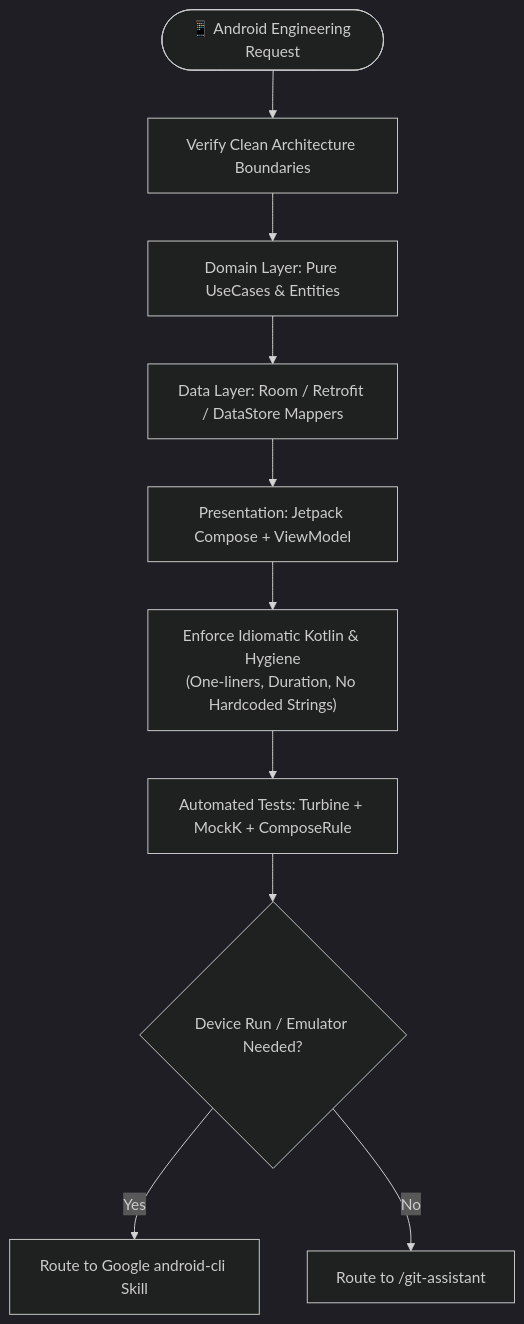
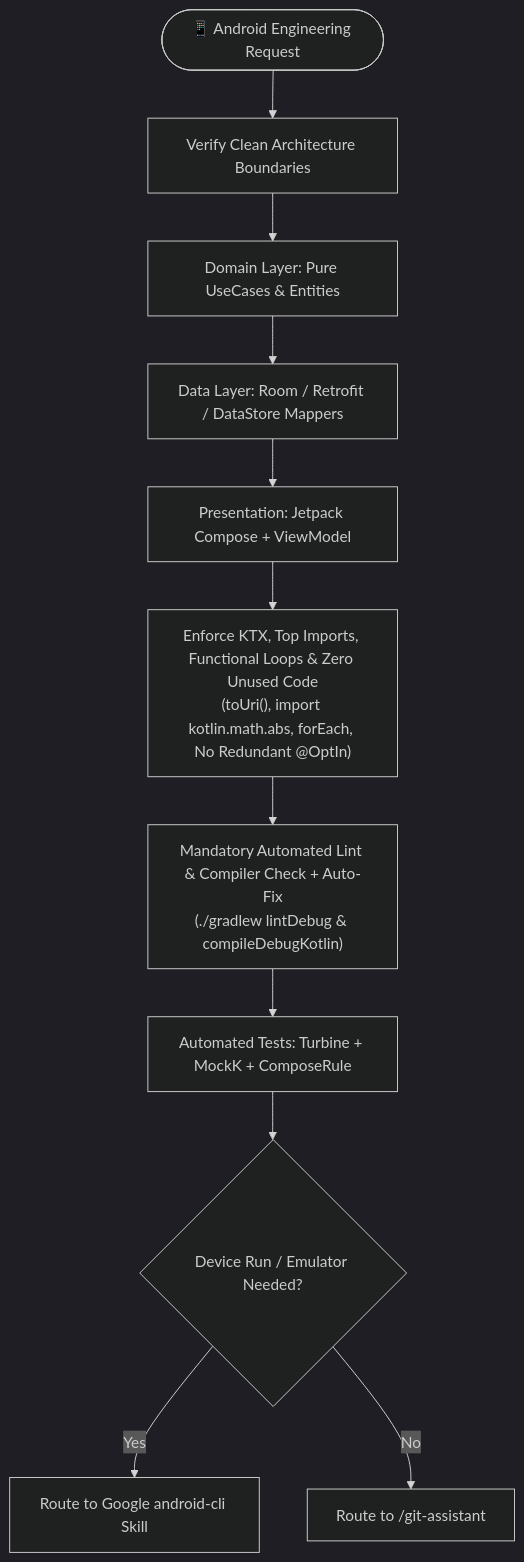
One commit to RidhwanAF/AI-Agent-Skills changed the diagram in engineer-mode/playbooks/04-android-deep-engineering.md. Above: the diagram before and after it, drawn with Mermaid (dark theme). The commit also changed other lines of this file and 19 other files, not shown here.

Commit message:
feat(engineer-mode): enforce Android KTX/lint auto-fix, active ADB app logcat telemetry, 3-strike anti-slop, and README-style Mermaid report

````diff
--- a/engineer-mode/playbooks/04-android-deep-engineering.md
+++ b/engineer-mode/playbooks/04-android-deep-engineering.md
@@ -18,12 +18,13 @@
 ```mermaid
 flowchart TD
     Task(["📱 Android Engineering Request"]) --> ArchCheck["Verify Clean Architecture Boundaries"]
     ArchCheck --> Domain["Domain Layer: Pure UseCases & Entities"]
     Domain --> Data["Data Layer: Room / Retrofit / DataStore Mappers"]
     Data --> Presentation["Presentation: Jetpack Compose + ViewModel"]
-    Presentation --> Hygiene["Enforce Idiomatic Kotlin & Hygiene<br/>(One-liners, Duration, No Hardcoded Strings)"]
-    Hygiene --> Test["Automated Tests: Turbine + MockK + ComposeRule"]
+    Presentation --> Hygiene["Enforce KTX, Top Imports, Functional Loops & Zero Unused Code<br/>(toUri(), import kotlin.math.abs, forEach, No Redundant @OptIn)"]
+    Hygiene --> LintGate["Mandatory Automated Lint & Compiler Check + Auto-Fix<br/>(./gradlew lintDebug & compileDebugKotlin)"]
+    LintGate --> Test["Automated Tests: Turbine + MockK + ComposeRule"]
     Test --> DeviceOps{"Device Run / Emulator Needed?"}
     DeviceOps -->|Yes| GoogleCLI["Route to Google android-cli Skill"]
     DeviceOps -->|No| Commit["Route to /git-assistant"]
 ```
````
